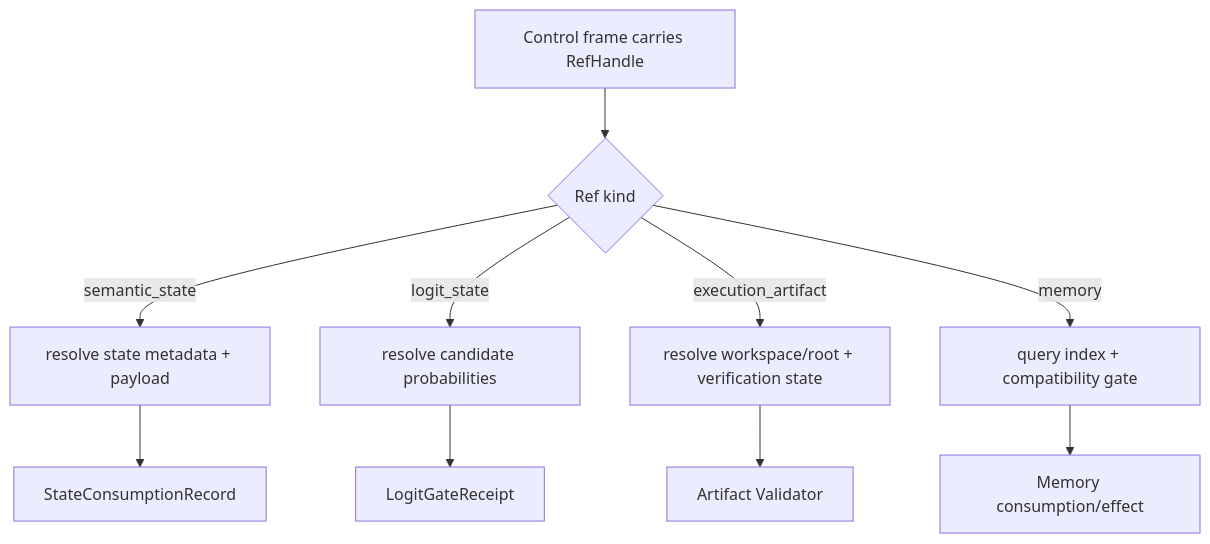
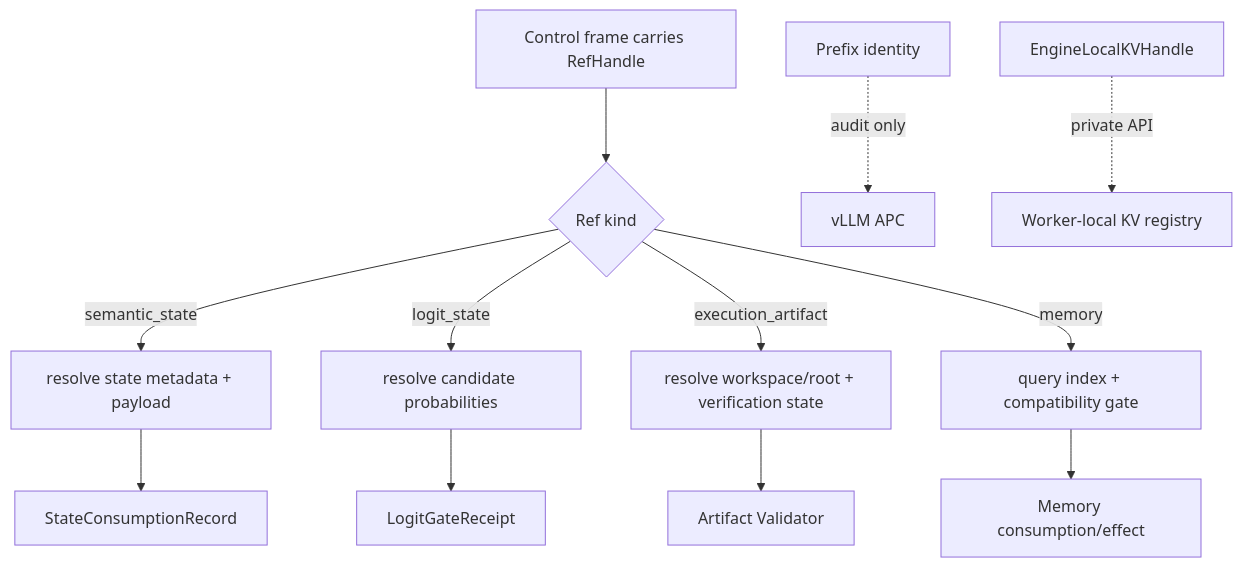
Before and after one commit to qcrs/os: the diagram in docs/implementation/state/ref-boundaries.md, drawn with Mermaid. The commit also changed other lines of this file and 77 other files, not shown here.

````diff
--- a/docs/implementation/state/ref-boundaries.md
+++ b/docs/implementation/state/ref-boundaries.md
@@ -20,12 +33,15 @@
 ```mermaid
 flowchart TD
     CP[Control frame carries RefHandle] --> R{Ref kind}
     R -->|semantic_state| SR[resolve state metadata + payload]
     R -->|logit_state| LR[resolve candidate probabilities]
     R -->|execution_artifact| AR[resolve workspace/root + verification state]
     R -->|memory| MR[query index + compatibility gate]
     SR --> SC[StateConsumptionRecord]
     LR --> LG[LogitGateReceipt]
     AR --> AV[Artifact Validator]
     MR --> MC[Memory consumption/effect]
+
+    PX[Prefix identity] -. audit only .-> APC[vLLM APC]
+    KH[EngineLocalKVHandle] -. private API .-> KVR[Worker-local KV registry]
 ```
````
